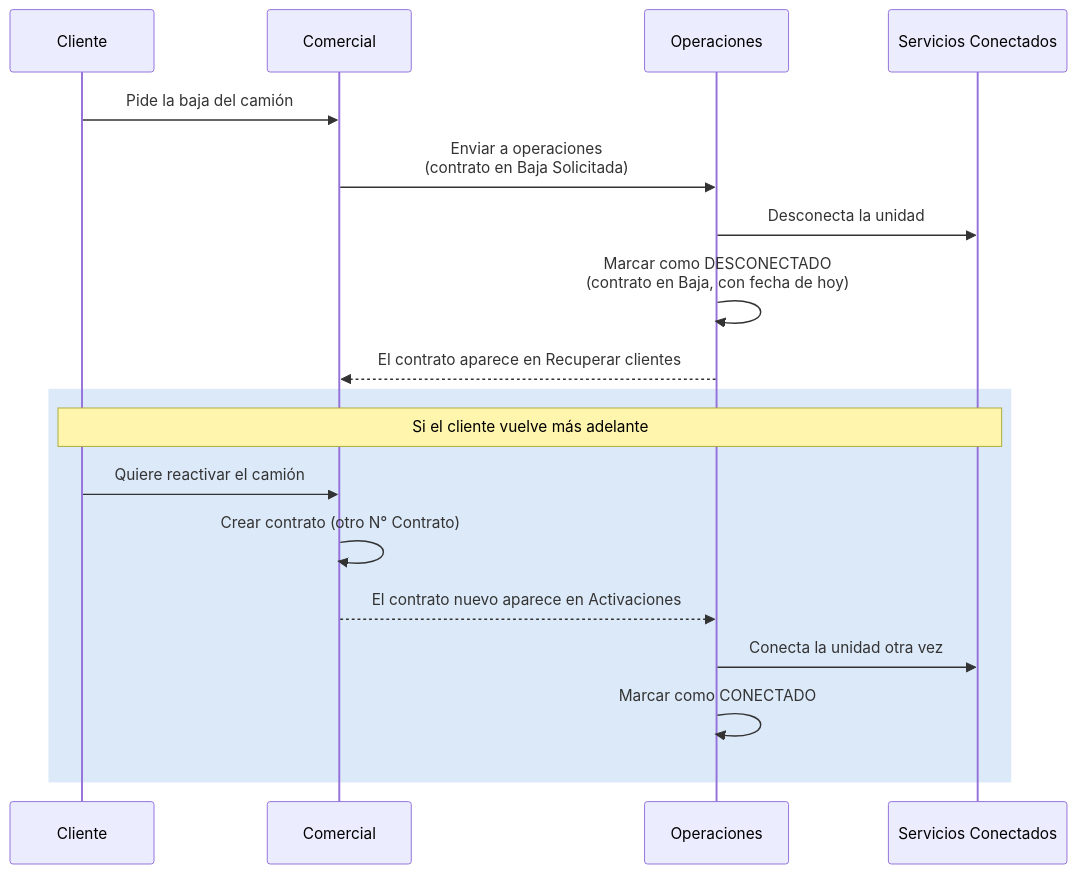
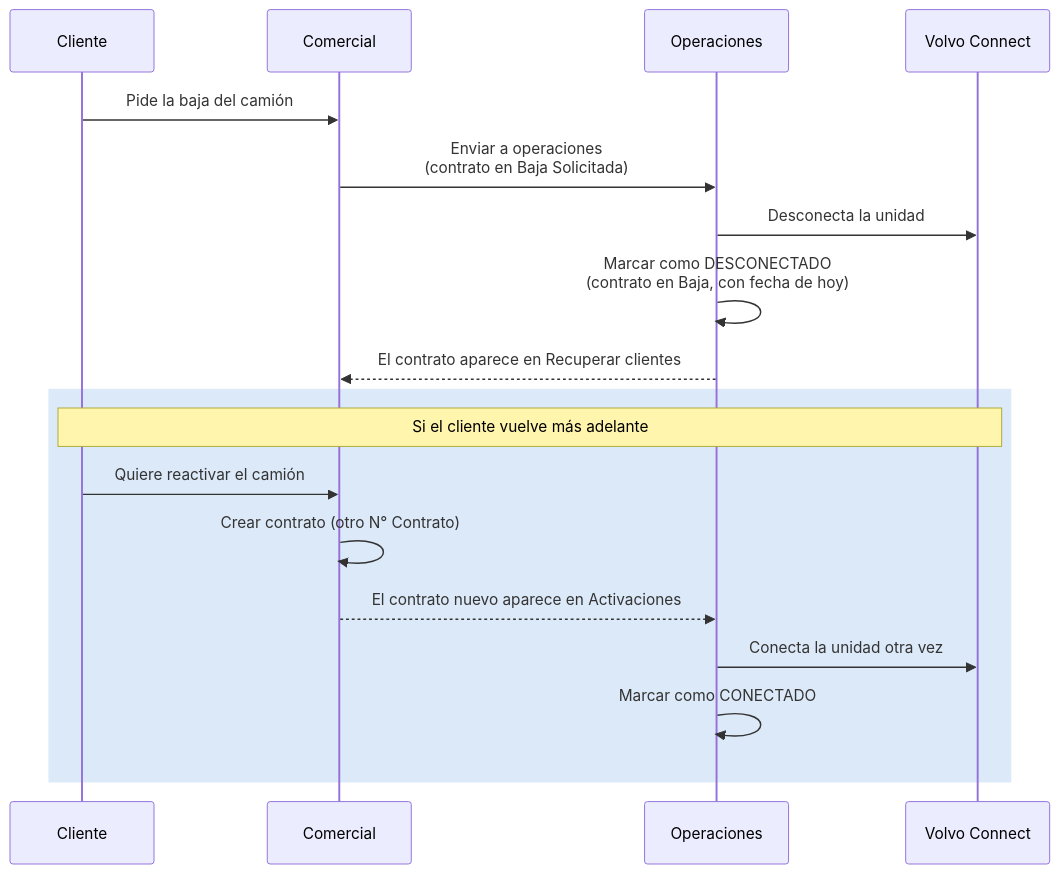
Before and after one commit to felipeMon20/PTY4614-302-EQUIPO-2: the sixth of 31 diagrams in Fase 2/Evidencias Proyecto/Evidencias de documentación/docs/08. Arquitectura Visual y Diagramas.md, drawn with Mermaid. The commit also changed other lines of this file and 229 other files, not shown here.

````diff
--- a/Fase 2/Evidencias Proyecto/Evidencias de documentación/docs/08. Arquitectura Visual y Diagramas.md
+++ b/Fase 2/Evidencias Proyecto/Evidencias de documentación/docs/08. Arquitectura Visual y Diagramas.md
@@ -204,20 +204,20 @@
 ```mermaid
 sequenceDiagram
     participant CL as Cliente
     participant CO as Comercial
     participant OP as Operaciones
-    participant VC as Servicios Conectados
+    participant VC as Volvo Connect
     CL->>CO: Pide la baja del camión
     CO->>OP: Enviar a operaciones<br/>(contrato en Baja Solicitada)
     OP->>VC: Desconecta la unidad
     OP->>OP: Marcar como DESCONECTADO<br/>(contrato en Baja, con fecha de hoy)
     OP-->>CO: El contrato aparece en Recuperar clientes
     rect rgb(220,233,248)
     Note over CL,VC: Si el cliente vuelve más adelante
     CL->>CO: Quiere reactivar el camión
     CO->>CO: Crear contrato (otro N° Contrato)
     CO-->>OP: El contrato nuevo aparece en Activaciones
     OP->>VC: Conecta la unidad otra vez
     OP->>OP: Marcar como CONECTADO
     end
 ```
````
